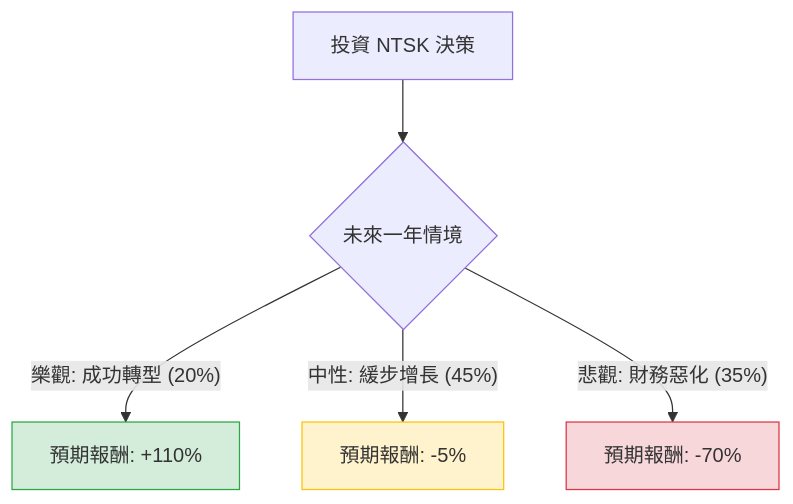
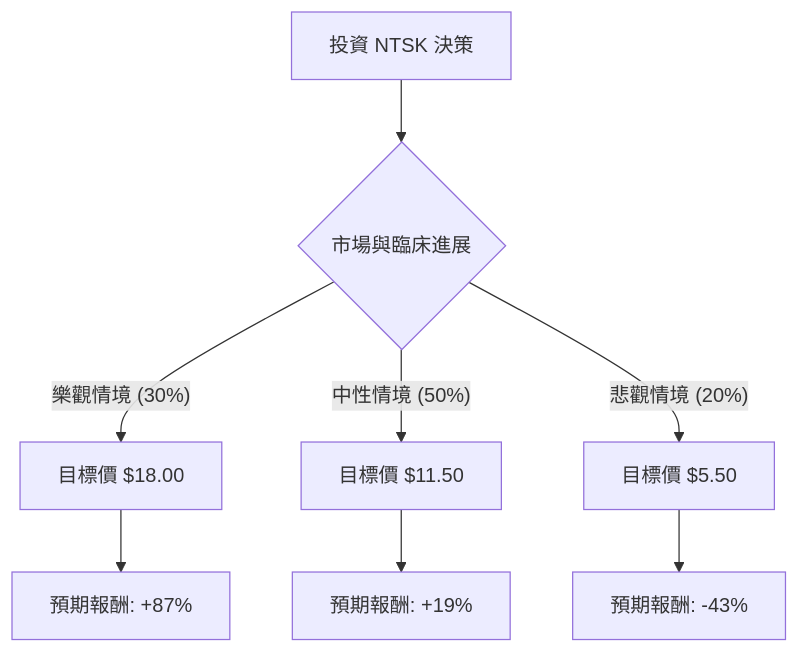
One commit to zmcx16/zmcx16.github.io changed the diagram in plugin-react/ai-analysis/ev-analysis/NTSK.md. Above: the diagram before and after it, drawn with Mermaid. The commit also changed other lines of this file and 81 other files, not shown here.

````diff
--- a/plugin-react/ai-analysis/ev-analysis/NTSK.md
+++ b/plugin-react/ai-analysis/ev-analysis/NTSK.md
@@ -22,12 +23,13 @@
 ```mermaid
 graph TD
-    A[投資 NTSK 決策] --> B{未來一年情境}
+    A[投資 NTSK 決策] --> B{市場與臨床進展}
     
-    B -- 樂觀: 成功轉型 (20%) --> C[預期報酬: +110%]
-    B -- 中性: 緩步增長 (45%) --> D[預期報酬: -5%]
-    B -- 悲觀: 財務惡化 (35%) --> E[預期報酬: -70%]
-
-    style C fill:#d4edda,stroke:#28a745
-    style D fill:#fff3cd,stroke:#ffc107
-    style E fill:#f8d7da,stroke:#dc3545
+    B -- 樂觀情境 (30%) --> C[目標價 $18.00]
+    C --> C1[預期報酬: +87%]
+    
+    B -- 中性情境 (50%) --> D[目標價 $11.50]
+    D --> D1[預期報酬: +19%]
+    
+    B -- 悲觀情境 (20%) --> E[目標價 $5.50]
+    E --> E1[預期報酬: -43%]
 ```
````
